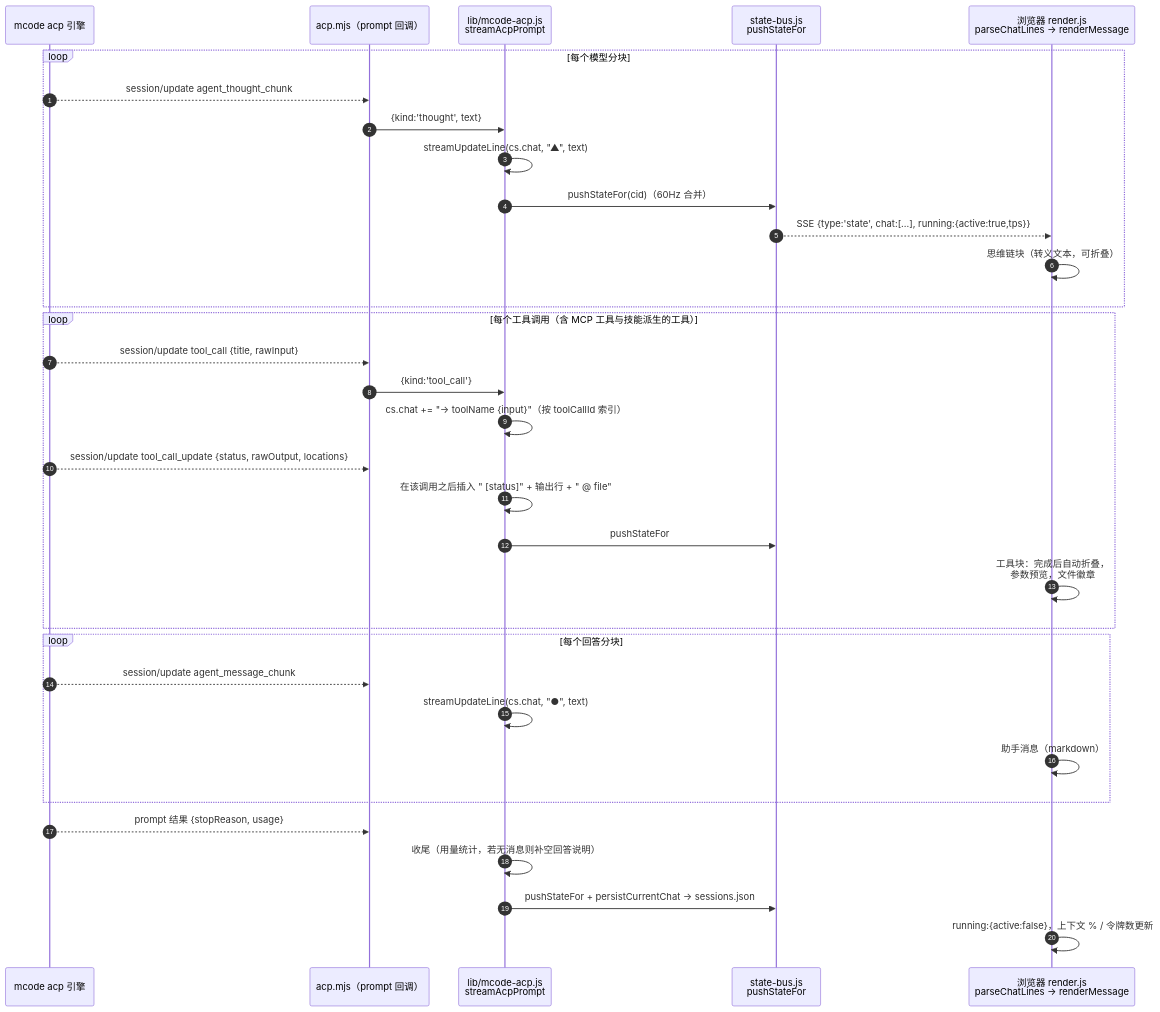
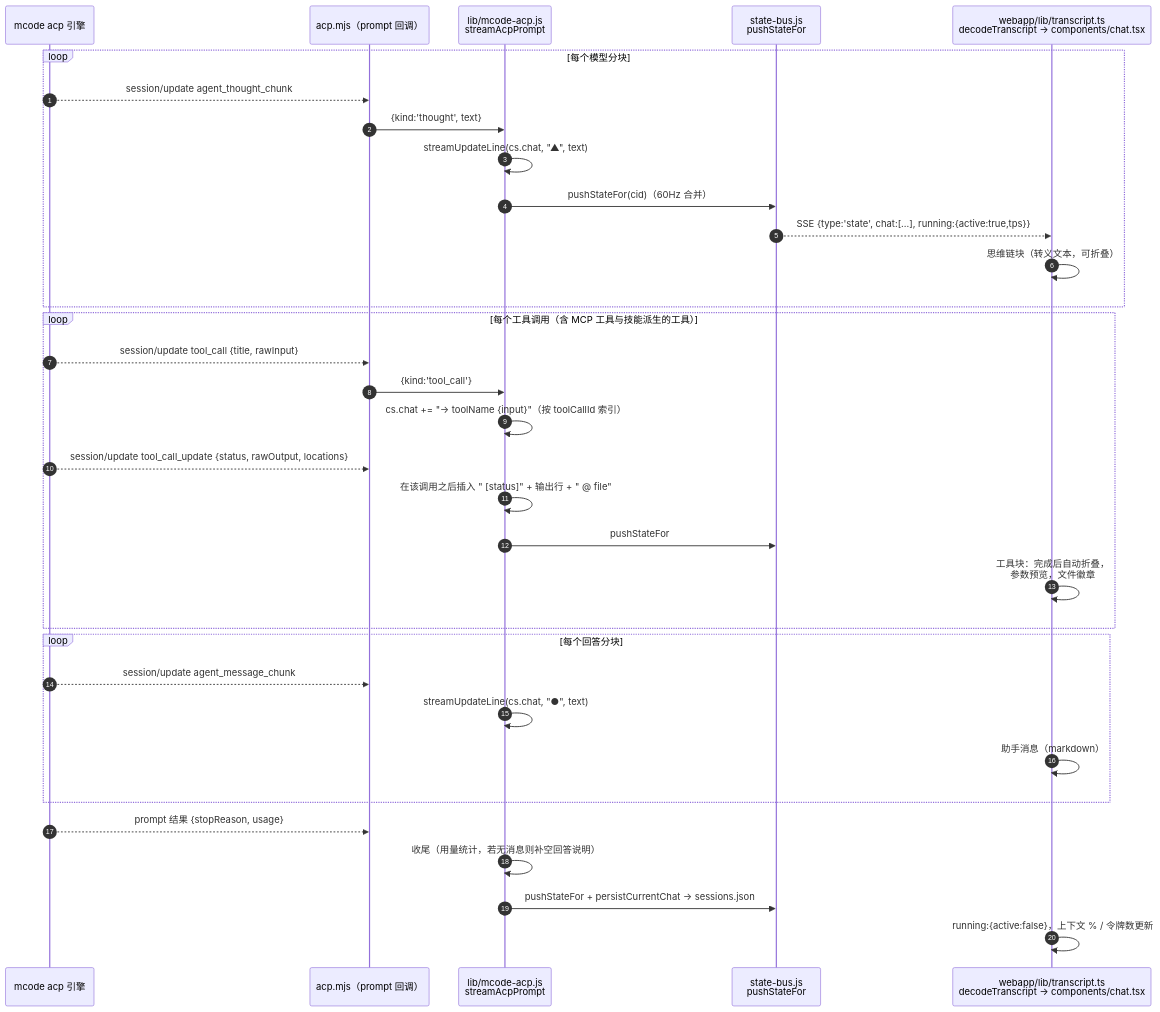
One commit to mcode-webui/minimax-code-web changed the second of 4 diagrams in packages/webui/docs/ARCHITECTURE.zh-CN.md. Above: the diagram before and after it, drawn with Mermaid. The commit also changed other lines of this file and 1 other file, not shown here.

First line of the commit message:
docs(webui): correct twelve symbol citations in the architecture pair

````diff
--- a/packages/webui/docs/ARCHITECTURE.zh-CN.md
+++ b/packages/webui/docs/ARCHITECTURE.zh-CN.md
@@ -170,36 +172,36 @@
 ```mermaid
 sequenceDiagram
     autonumber
     participant E as mcode acp 引擎
     participant A as acp.mjs（prompt 回调）
     participant M as lib/mcode-acp.js<br/>streamAcpPrompt
     participant S as state-bus.js<br/>pushStateFor
-    participant B as 浏览器 render.js<br/>parseChatLines → renderMessage
+    participant B as webapp/lib/transcript.ts<br/>decodeTranscript → components/chat.tsx
 
     loop 每个模型分块
         E-->>A: session/update agent_thought_chunk
         A->>M: {kind:'thought', text}
         M->>M: streamUpdateLine(cs.chat, "▲", text)
         M->>S: pushStateFor(cid)（60Hz 合并）
         S-->>B: SSE {type:'state', chat:[...], running:{active:true,tps}}
         B->>B: 思维链块（转义文本，可折叠）
     end
     loop 每个工具调用（含 MCP 工具与技能派生的工具）
         E-->>A: session/update tool_call {title, rawInput}
         A->>M: {kind:'tool_call'}
         M->>M: cs.chat += "→ toolName  {input}"（按 toolCallId 索引）
         E-->>A: session/update tool_call_update {status, rawOutput, locations}
         M->>M: 在该调用之后插入 "  [status]" + 输出行 + "  @ file"
         M->>S: pushStateFor
         B->>B: 工具块：完成后自动折叠，<br/>参数预览，文件徽章
     end
     loop 每个回答分块
         E-->>A: session/update agent_message_chunk
         M->>M: streamUpdateLine(cs.chat, "●", text)
         B->>B: 助手消息（markdown）
     end
     E-->>A: prompt 结果 {stopReason, usage}
     M->>M: 收尾（用量统计，若无消息则补空回答说明）
     M->>S: pushStateFor + persistCurrentChat → sessions.json
     B->>B: running:{active:false}，上下文 % / 令牌数更新
 ```
````
